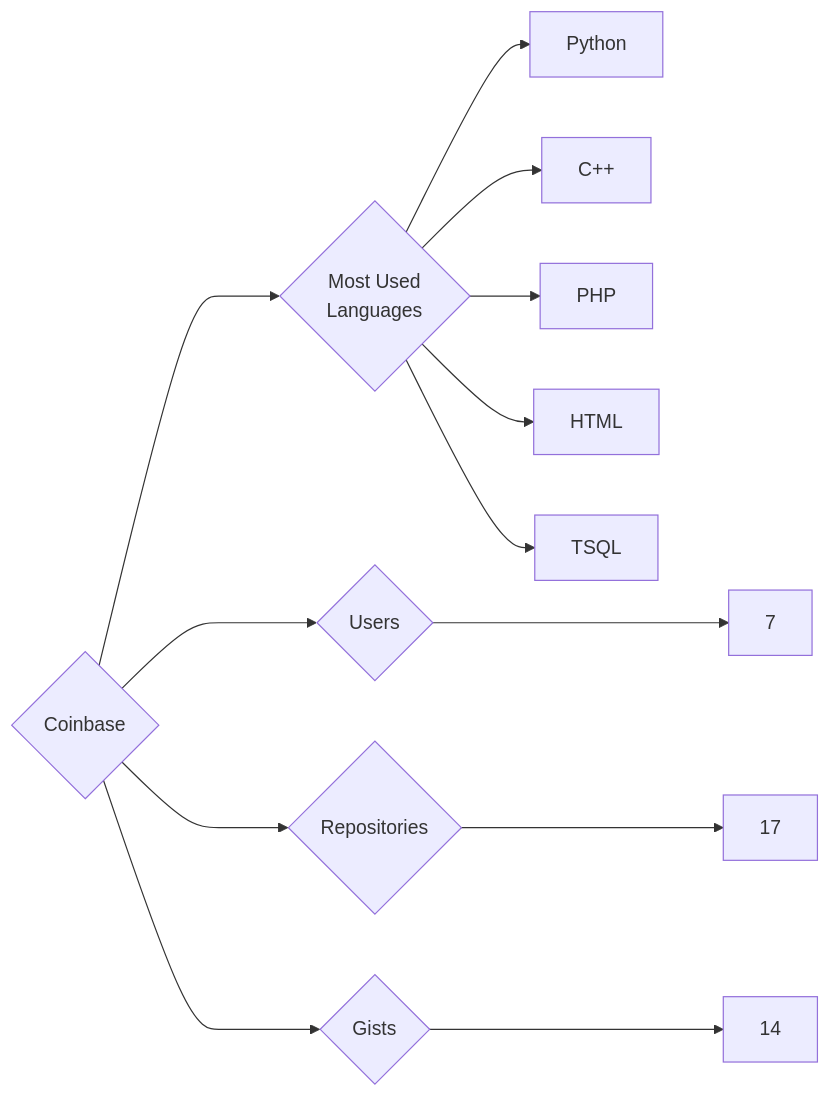
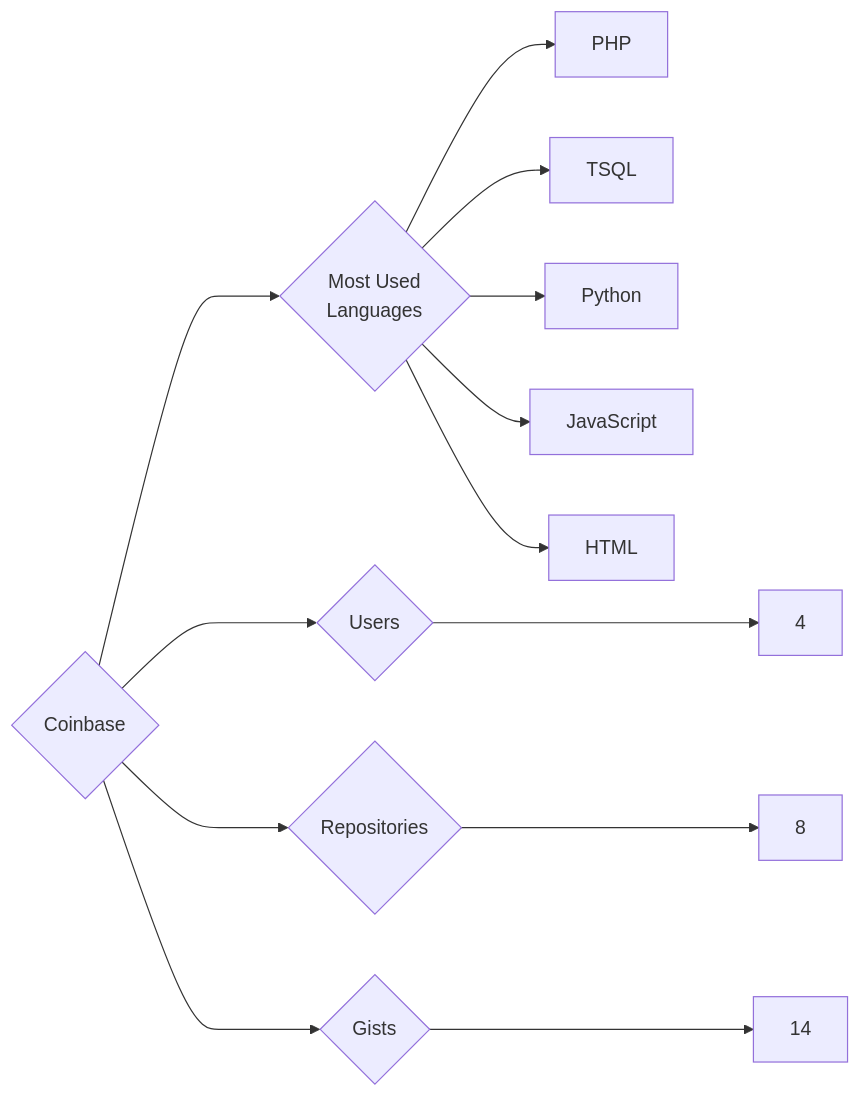
The diagram in targets/Coinbase/README.md (trickest/insiders), drawn with Mermaid before and after one commit. The commit also changed 776 other files, not shown here.

````diff
--- a/targets/Coinbase/README.md
+++ b/targets/Coinbase/README.md
@@ -3,13 +3,13 @@
 ```mermaid
 graph LR
 COMPANY_NAME{Coinbase}
-COMPANY_NAME ---> U{Users} ---> UN[7]
-COMPANY_NAME ---> R{Repositories} ---> RN[17]
+COMPANY_NAME ---> U{Users} ---> UN[4]
+COMPANY_NAME ---> R{Repositories} ---> RN[8]
 COMPANY_NAME ---> G{Gists} ---> GN[14]
 COMPANY_NAME ---> ML{Most Used<br>Languages}
+ML --> PHP[PHP]
+ML --> TSQL[TSQL]
 ML --> Python[Python]
-ML --> C++[C++]
-ML --> PHP[PHP]
+ML --> JavaScript[JavaScript]
 ML --> HTML[HTML]
-ML --> TSQL[TSQL]
 ```
````
